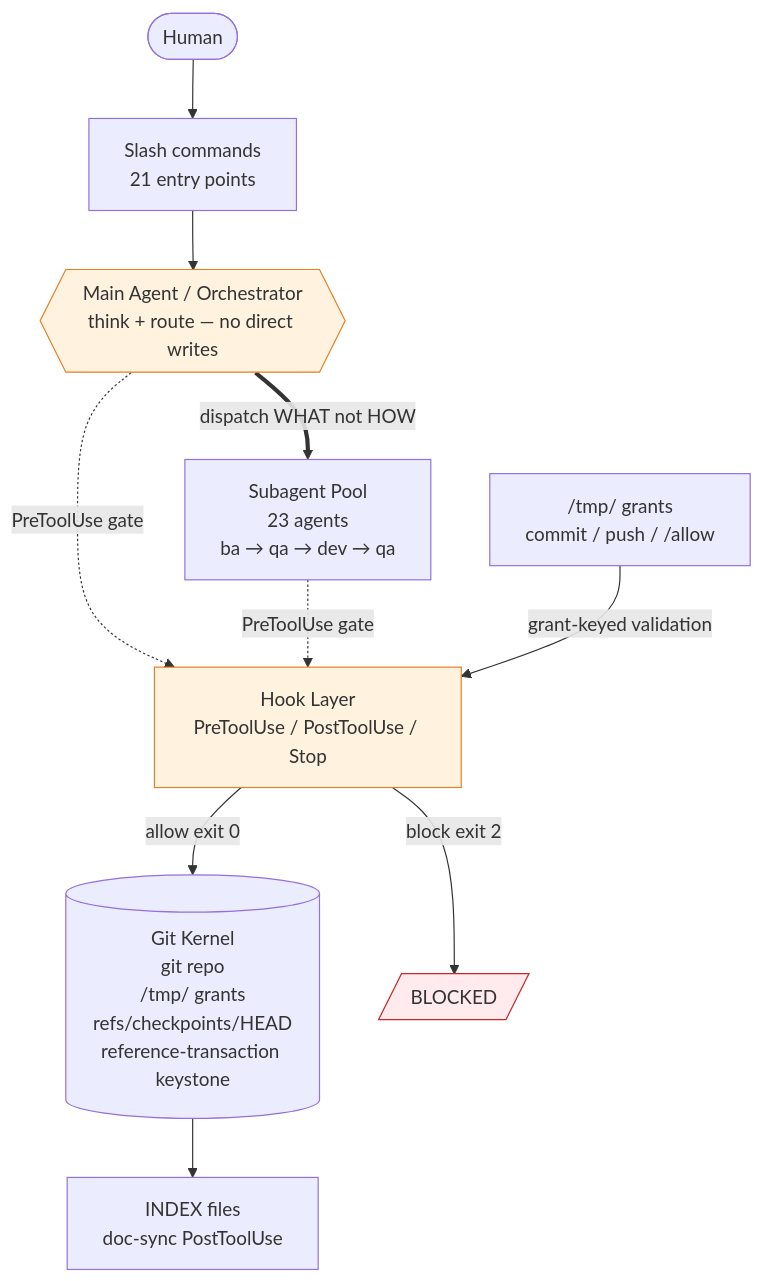
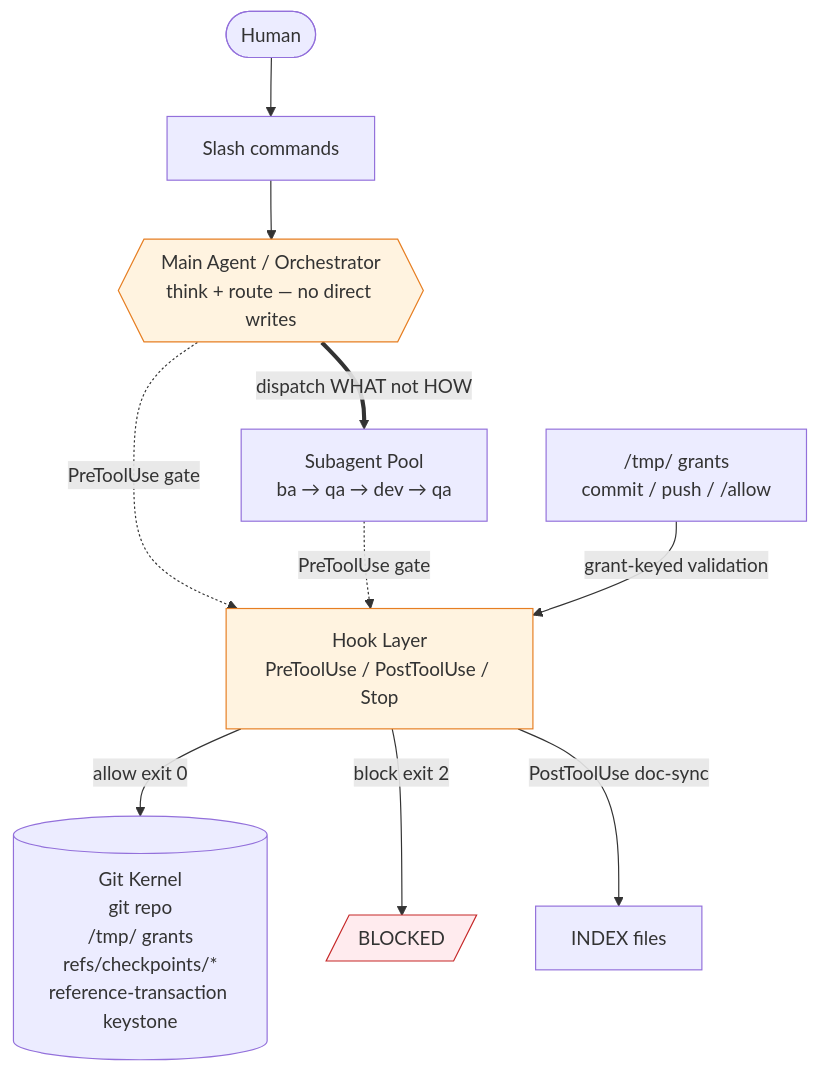
The diagram in docs/how-it-works.md (Yugoge/awesome-claude-harness), drawn with Mermaid before and after one commit. The commit also changed other lines of this file and 3 other files, not shown here.

````diff
--- a/docs/how-it-works.md
+++ b/docs/how-it-works.md
@@ -27,21 +27,21 @@
 ```mermaid
 graph TD
-    U([Human]) --> CMD[Slash commands<br/>21 entry points]
+    U([Human]) --> CMD[Slash commands]
     CMD --> ORC{{Main Agent / Orchestrator<br/>think + route — no direct writes}}
 
     ORC -.->|PreToolUse gate| HL
     SUB -.->|PreToolUse gate| HL
 
-    ORC ==>|dispatch WHAT not HOW| SUB[Subagent Pool<br/>23 agents<br/>ba → qa → dev → qa]
+    ORC ==>|dispatch WHAT not HOW| SUB[Subagent Pool<br/>ba → qa → dev → qa]
 
-    HL[Hook Layer<br/>PreToolUse / PostToolUse / Stop] -->|allow exit 0| GK[(Git Kernel<br/>git repo<br/>/tmp/ grants<br/>refs/checkpoints/HEAD<br/>reference-transaction keystone)]
+    HL[Hook Layer<br/>PreToolUse / PostToolUse / Stop] -->|allow exit 0| GK[("Git Kernel<br/>git repo<br/>/tmp/ grants<br/>refs/checkpoints/*<br/>reference-transaction keystone")]
     HL -->|block exit 2| BLK[/BLOCKED/]
 
-    GK --> IDX[INDEX files<br/>doc-sync PostToolUse]
+    HL -->|PostToolUse doc-sync| IDX[INDEX files]
     TMP["/tmp/ grants<br/>commit / push / /allow"] -->|grant-keyed validation| HL
 
     classDef restricted fill:#ffebee,stroke:#c62828
     classDef gate fill:#fff3e0,stroke:#e67e22
     class BLK restricted
     class ORC,HL gate
 ```
````
